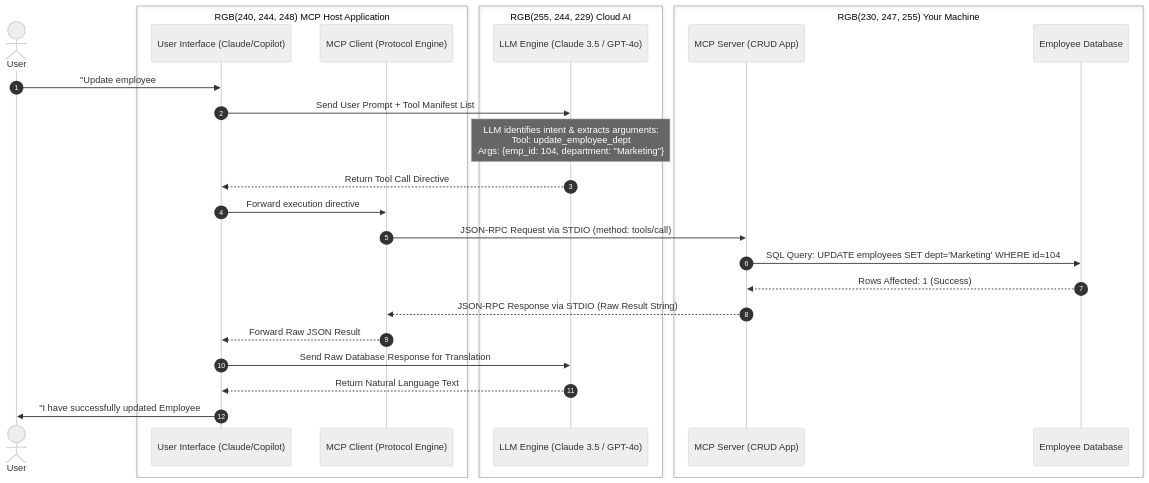
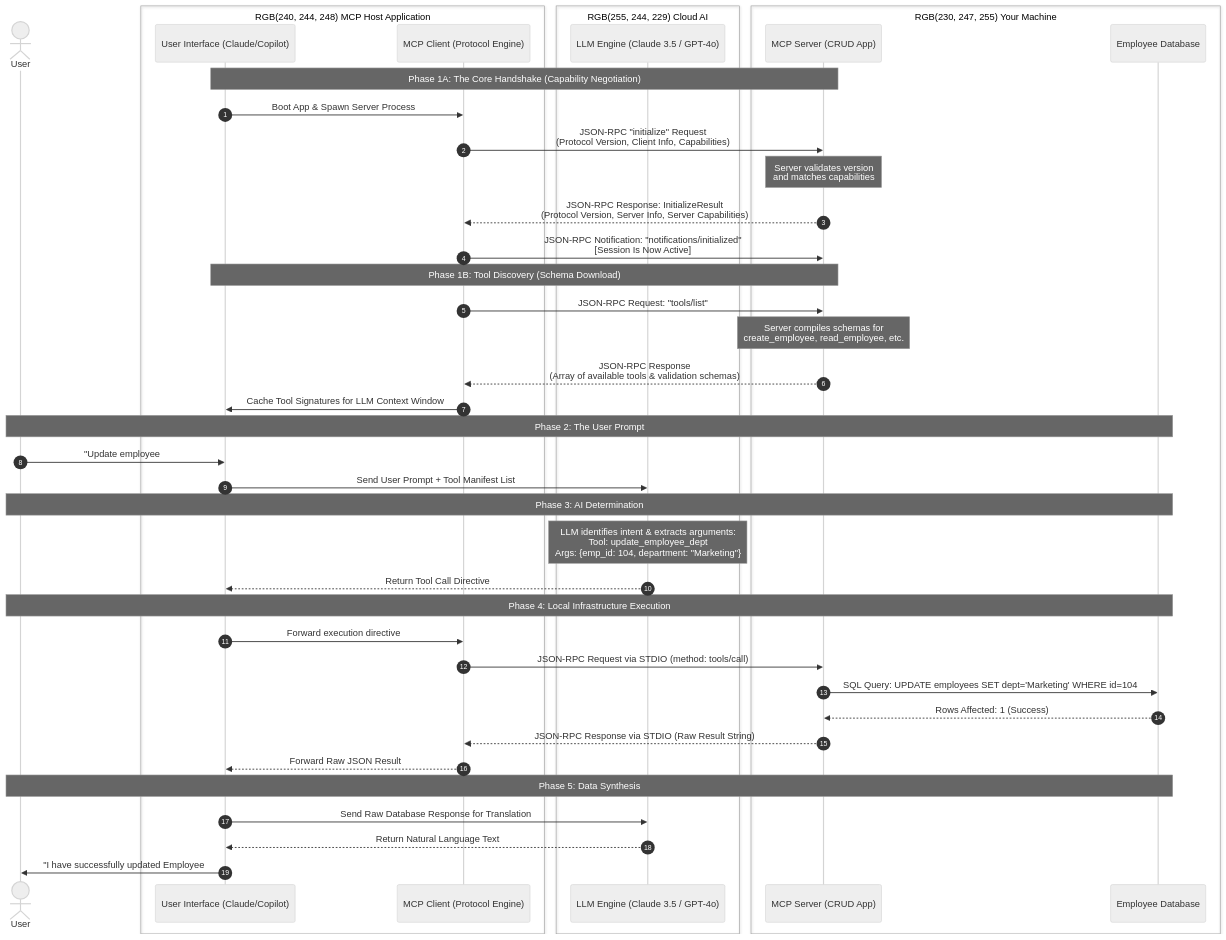
The diagram in ReadMe.md (MakarandBhoir/mcp), drawn with Mermaid (neutral theme) before and after one commit.

Commit message:
Refactor sequence diagram phases for clarity and consistency in ReadMe.md

````diff
--- a/ReadMe.md
+++ b/ReadMe.md
@@ -1,37 +1,50 @@
 ```mermaid
 sequenceDiagram
     autonumber
     actor User
     box RGB(240, 244, 248) MCP Host Application
         participant UI as User Interface (Claude/Copilot)
         participant Client as MCP Client (Protocol Engine)
     end
     box RGB(255, 244, 229) Cloud AI
         participant LLM as LLM Engine (Claude 3.5 / GPT-4o)
     end
     box RGB(230, 247, 255) Your Machine
         participant Server as MCP Server (CRUD App)
         participant DB as Employee Database
     end
 
-    %% Phase 1: The Prompt
+    Note over UI, Server: Phase 1A: The Core Handshake (Capability Negotiation)
+    UI->>Client: Boot App & Spawn Server Process
+    Client->>Server: JSON-RPC "initialize" Request<br/>(Protocol Version, Client Info, Capabilities)
+    Note over Server: Server validates version<br/>and matches capabilities
+    Server-->>Client: JSON-RPC Response: InitializeResult<br/>(Protocol Version, Server Info, Server Capabilities)
+    Client->>Server: JSON-RPC Notification: "notifications/initialized"<br/>[Session Is Now Active]
+
+    Note over UI, Server: Phase 1B: Tool Discovery (Schema Download)
+    Client->>Server: JSON-RPC Request: "tools/list"
+    Note over Server: Server compiles schemas for<br/>create_employee, read_employee, etc.
+    Server-->>Client: JSON-RPC Response<br/>(Array of available tools & validation schemas)
+    Client->>UI: Cache Tool Signatures for LLM Context Window
+
+    Note over User, DB: Phase 2: The User Prompt
     User->>UI: "Update employee #104's department to Marketing."
     UI->>LLM: Send User Prompt + Tool Manifest List
 
-    %% Phase 2: AI Determination
+    Note over User, DB: Phase 3: AI Determination
     Note over LLM: LLM identifies intent & extracts arguments:<br/>Tool: update_employee_dept<br/>Args: {emp_id: 104, department: "Marketing"}
     LLM-->>UI: Return Tool Call Directive
 
-    %% Phase 3: Local Infrastructure Execution
+    Note over User, DB: Phase 4: Local Infrastructure Execution
     UI->>Client: Forward execution directive
     Client->>Server: JSON-RPC Request via STDIO (method: tools/call)
     Server->>DB: SQL Query: UPDATE employees SET dept='Marketing' WHERE id=104
     DB-->>Server: Rows Affected: 1 (Success)
     Server-->>Client: JSON-RPC Response via STDIO (Raw Result String)
     Client-->>UI: Forward Raw JSON Result
 
-    %% Phase 4: Data Synthesis
+    Note over User, DB: Phase 5: Data Synthesis
     UI->>LLM: Send Raw Database Response for Translation
     LLM-->>UI: Return Natural Language Text
     UI->>User: "I have successfully updated Employee #104 to the Marketing department."
 ```
````
